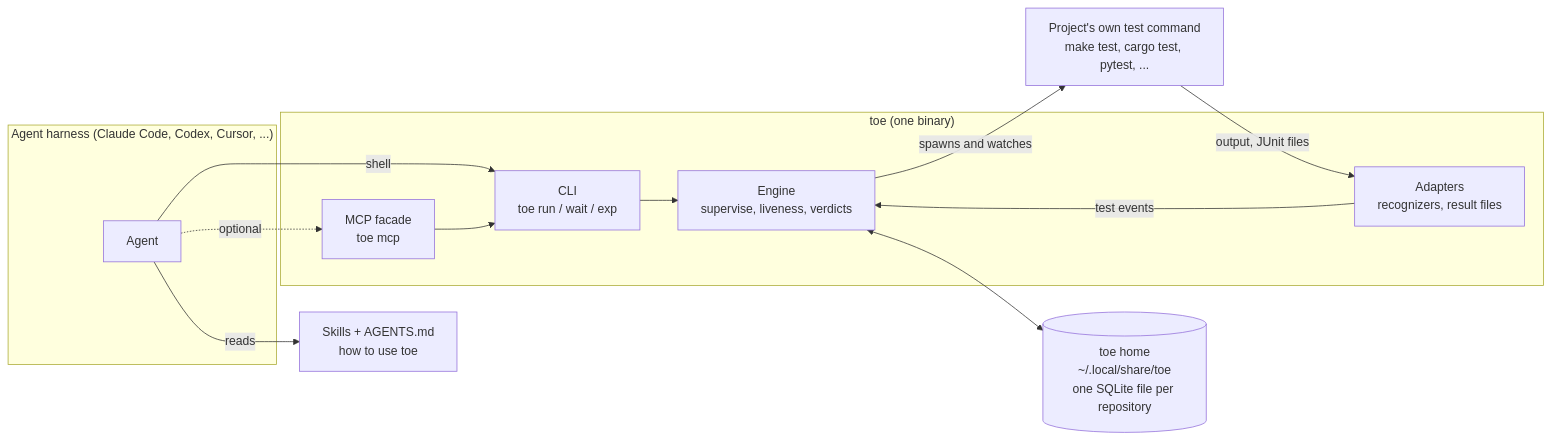
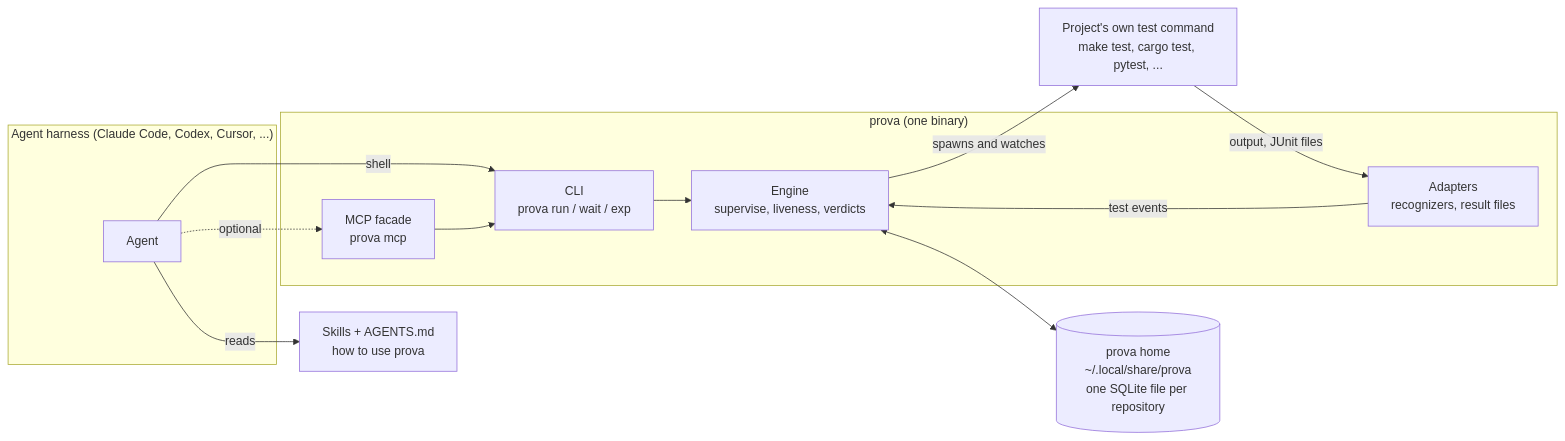
The first of 6 diagrams in docs/architecture.md (fals/prova), drawn with Mermaid before and after one commit. The commit also changed other lines of this file and 202 other files, not shown here.

First line of the commit message:
Rename toe to prova everywhere (ADR 0019)

````diff
--- a/docs/architecture.md
+++ b/docs/architecture.md
@@ -25,25 +25,25 @@
 ```mermaid
 flowchart LR
     subgraph Harness["Agent harness (Claude Code, Codex, Cursor, ...)"]
         A[Agent]
     end
-    subgraph Toe["toe (one binary)"]
-        CLI["CLI<br/>toe run / wait / exp"]
-        MCP["MCP facade<br/>toe mcp"]
+    subgraph Prova["prova (one binary)"]
+        CLI["CLI<br/>prova run / wait / exp"]
+        MCP["MCP facade<br/>prova mcp"]
         ENG["Engine<br/>supervise, liveness, verdicts"]
         ADP["Adapters<br/>recognizers, result files"]
     end
-    SK["Skills + AGENTS.md<br/>how to use toe"]
+    SK["Skills + AGENTS.md<br/>how to use prova"]
     SUT["Project's own test command<br/>make test, cargo test, pytest, ..."]
-    HOME[("toe home<br/>~/.local/share/toe<br/>one SQLite file per repository")]
+    HOME[("prova home<br/>~/.local/share/prova<br/>one SQLite file per repository")]
 
     A -- reads --> SK
     A -- shell --> CLI
     A -. optional .-> MCP
     MCP --> CLI
     CLI --> ENG
     ENG -- spawns and watches --> SUT
     SUT -- output, JUnit files --> ADP
     ADP -- test events --> ENG
     ENG <--> HOME
 ```
````
